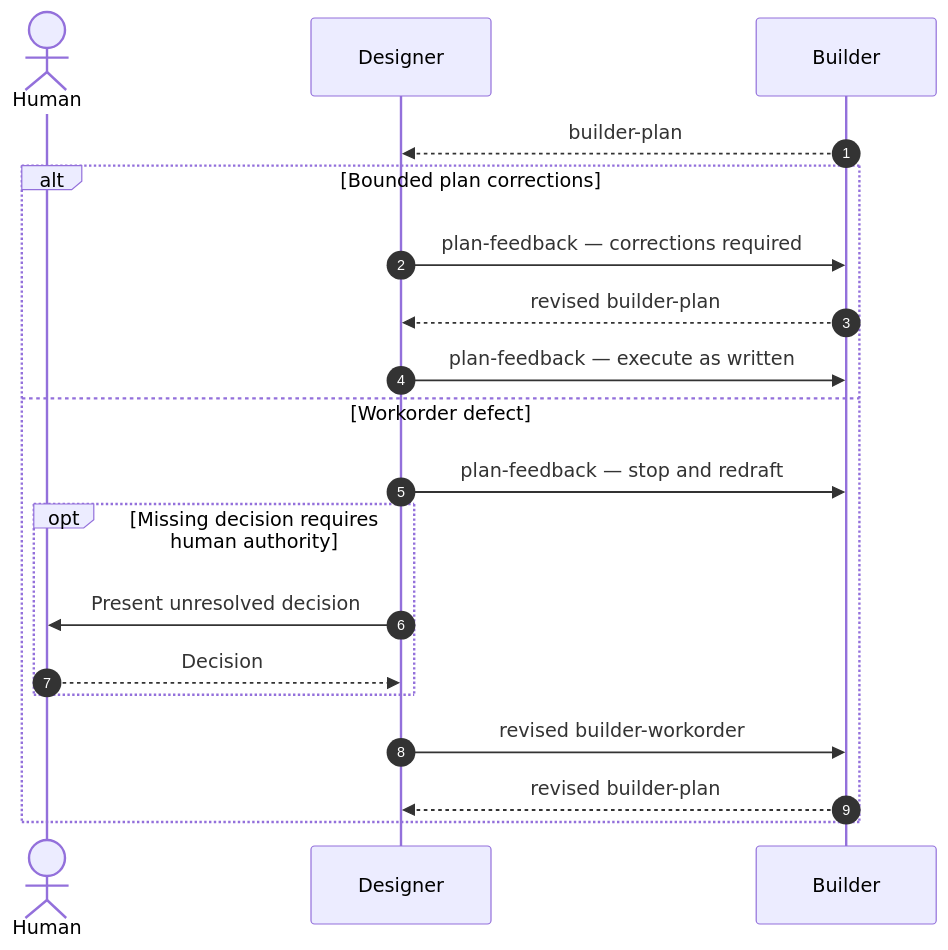
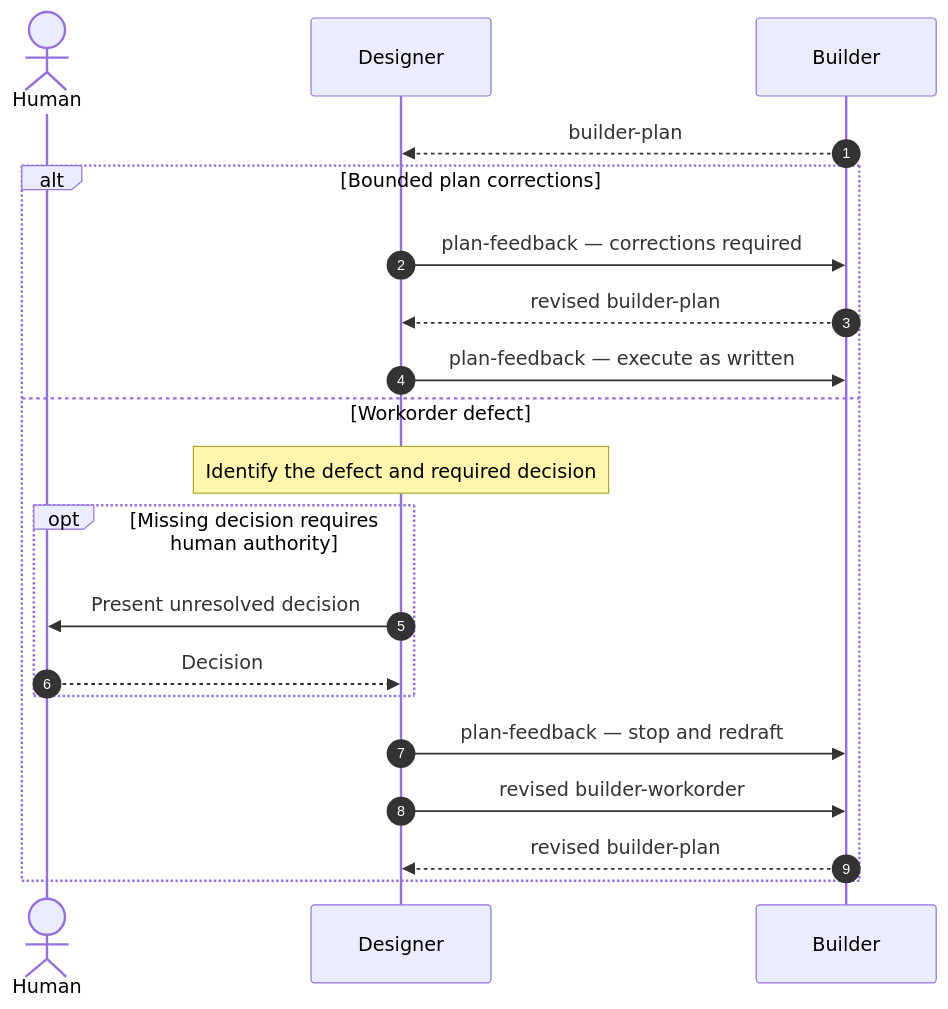
Before and after one commit to iamthenop/infurnet-skills: the second of 6 diagrams in skills/agent-workflow/references/master-workflow.md, drawn with Mermaid. The commit also changed other lines of this file and 9 other files, not shown here.

````diff
--- a/skills/agent-workflow/references/master-workflow.md
+++ b/skills/agent-workflow/references/master-workflow.md
@@ -126,27 +126,28 @@
 ```mermaid
 sequenceDiagram
     autonumber
 
     actor H as Human
     participant D as Designer
     participant B as Builder
 
     B-->>D: builder-plan
 
     alt Bounded plan corrections
         D->>B: plan-feedback — corrections required
         B-->>D: revised builder-plan
         D->>B: plan-feedback — execute as written
 
     else Workorder defect
-        D->>B: plan-feedback — stop and redraft
+        Note over D: Identify the defect and required decision
 
         opt Missing decision requires human authority
             D->>H: Present unresolved decision
             H-->>D: Decision
         end
 
+        D->>B: plan-feedback — stop and redraft
         D->>B: revised builder-workorder
         B-->>D: revised builder-plan
     end
 ```
````
